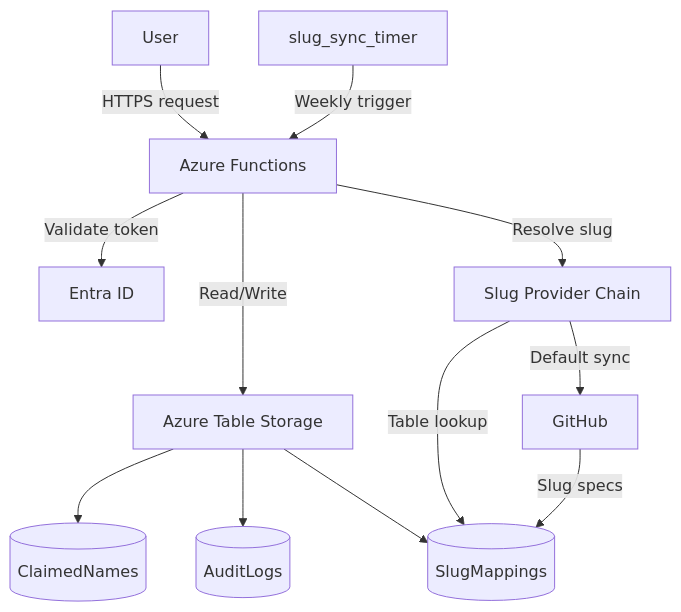
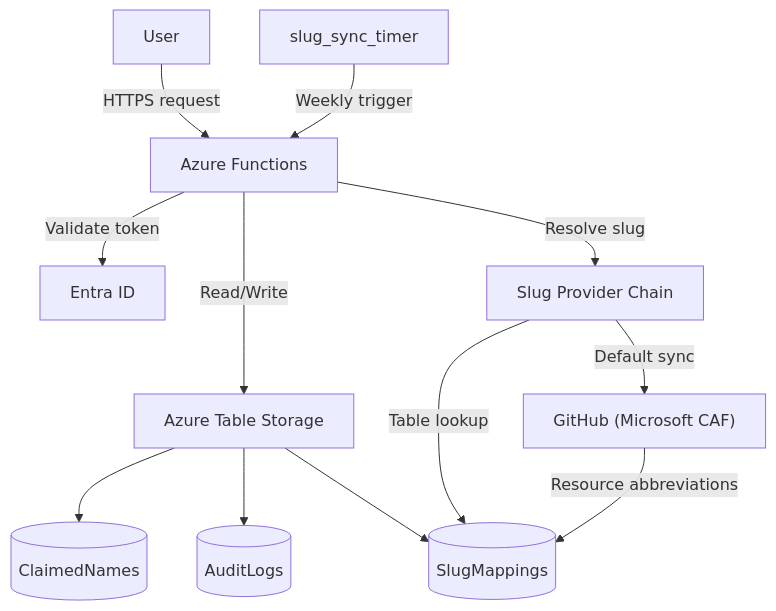
Before and after one commit to gedefili/azure-naming: the diagram in docs/04-development/architecture.mmd, drawn with Mermaid. The commit also changed other lines of this file and 8 other files, not shown here.

Commit message:
fix(slugs): switch slug sync source to microsoft caf

````diff
--- a/docs/04-development/architecture.mmd
+++ b/docs/04-development/architecture.mmd
@@ -1,14 +1,14 @@
 ```mermaid
 graph TD
     User[User] -->|"HTTPS request"| AzureFn["Azure Functions"]
     AzureFn -->|"Validate token"| EntraID["Entra ID"]
     AzureFn -->|"Read/Write"| Table["Azure Table Storage"]
     AzureFn -->|"Resolve slug"| SlugSvc["Slug Provider Chain"]
     SlugSvc -->|"Table lookup"| SlugMappings[("SlugMappings")]
-    SlugSvc -->|"Default sync"| GitHub["GitHub"]
+    SlugSvc -->|"Default sync"| GitHub["GitHub (Microsoft CAF)"]
     Timer["slug_sync_timer"] -->|"Weekly trigger"| AzureFn
     Table --> ClaimedNames[("ClaimedNames")]
     Table --> AuditLogs[("AuditLogs")]
     Table --> SlugMappings
-    GitHub -->|"Slug specs"| SlugMappings
+    GitHub -->|"Resource abbreviations"| SlugMappings
 ``` 
````
